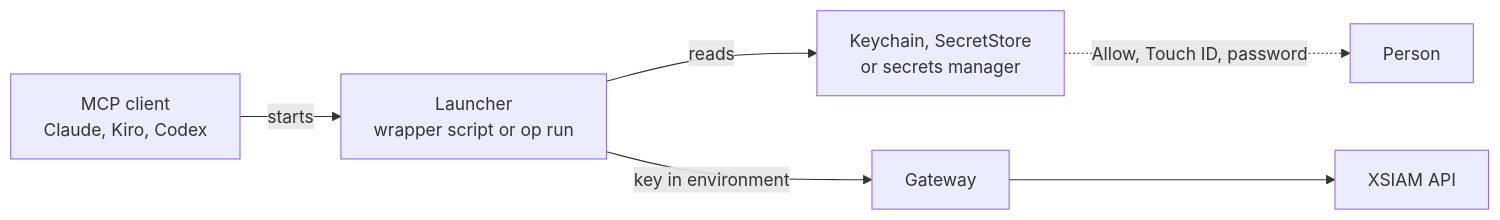
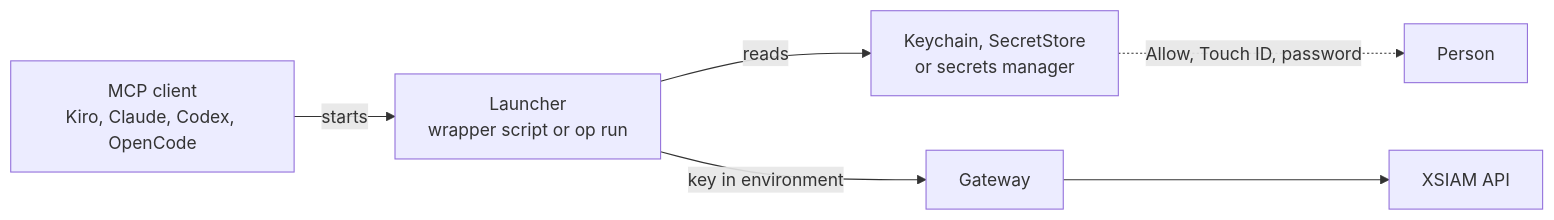
Before and after one commit to ciaran-finnegan/cortex-xsiam-mcp-gateway: the first of 2 diagrams in docs/SECRETS.md, drawn with Mermaid. The commit also changed other lines of this file, not shown here.

Commit message:
docs: order MCP client examples Kiro, Claude Code, Codex, OpenCode

````diff
--- a/docs/SECRETS.md
+++ b/docs/SECRETS.md
@@ -52,8 +52,8 @@
 ```mermaid
 flowchart LR
-  Client["MCP client<br/>Claude, Kiro, Codex"] -->|starts| Launcher["Launcher<br/>wrapper script or op run"]
+  Client["MCP client<br/>Kiro, Claude, Codex, OpenCode"] -->|starts| Launcher["Launcher<br/>wrapper script or op run"]
   Launcher -->|reads| Store["Keychain, SecretStore<br/>or secrets manager"]
   Store -.->|Allow, Touch ID, password| Person["Person"]
   Launcher -->|key in environment| Gateway["Gateway"]
   Gateway --> XSIAM["XSIAM API"]
 ```
````
